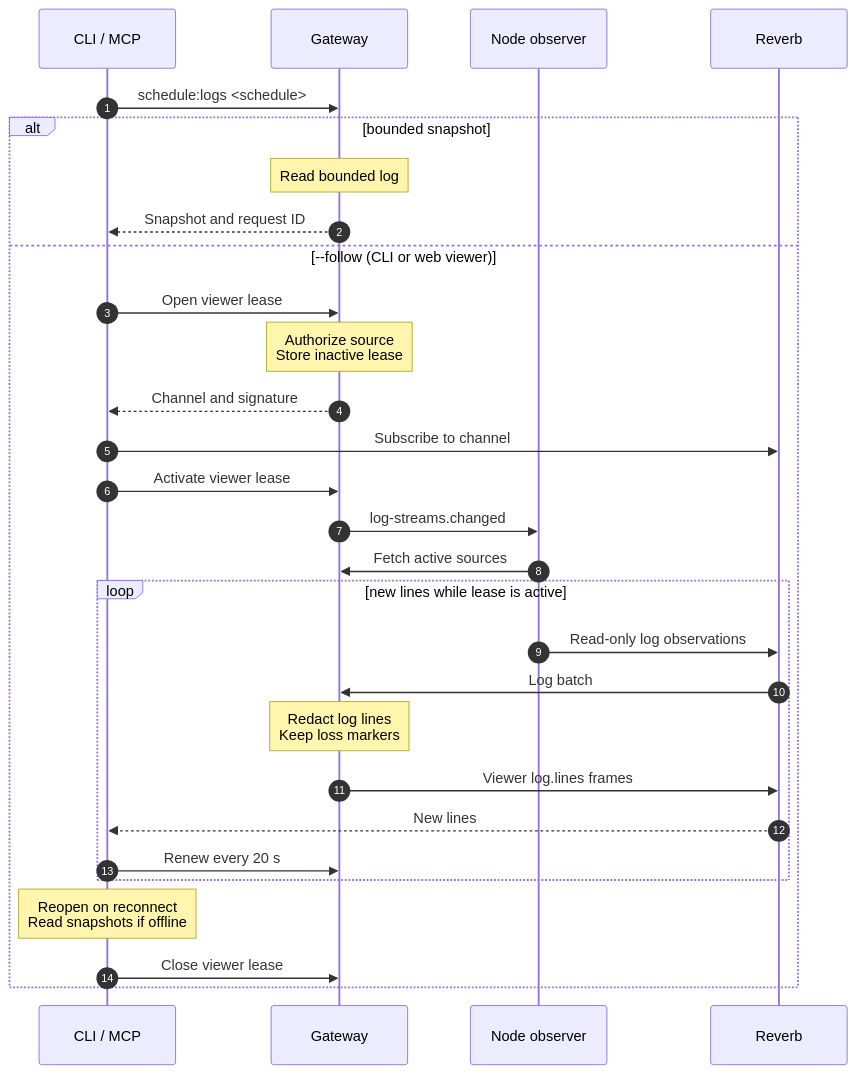
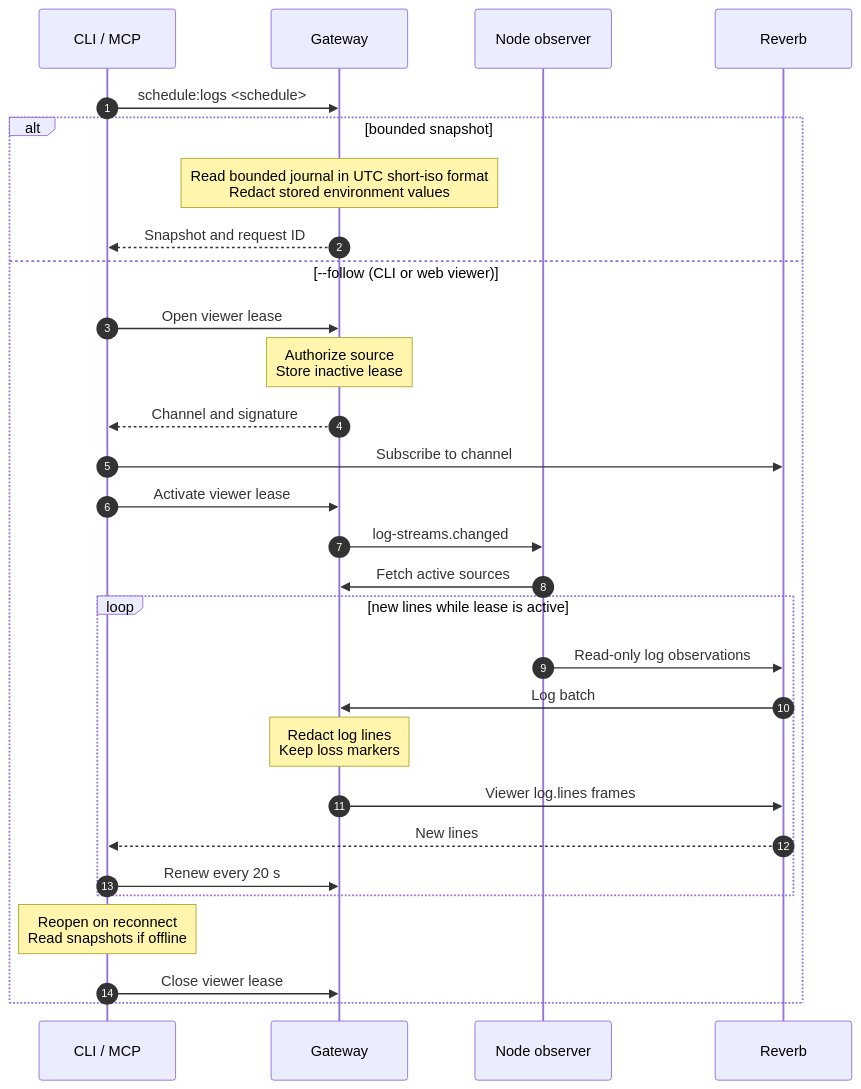
The diagram in docs/cli/schedule/logs.mmd (hardimpactdev/orbit), drawn with Mermaid before and after one commit. The commit also changed 9 other files, not shown here.

Commit message:
fix(logs): redact Schedule snapshots and match live journal format

```diff
--- a/docs/cli/schedule/logs.mmd
+++ b/docs/cli/schedule/logs.mmd
@@ -1,32 +1,32 @@
 sequenceDiagram
   %% status: draft
   %% command: schedule:logs
   %% kind: schedule.logs
   autonumber
   participant CLI as CLI / MCP
   participant GW as Gateway
   participant A as Node observer
   participant R as Reverb
   CLI->>GW: schedule:logs <schedule>
   alt bounded snapshot
-    Note over GW: Read bounded log
+    Note over GW: Read bounded journal in UTC short-iso format<br/>Redact stored environment values
     GW-->>CLI: Snapshot and request ID
   else --follow (CLI or web viewer)
     CLI->>GW: Open viewer lease
     Note over GW: Authorize source<br/>Store inactive lease
     GW-->>CLI: Channel and signature
     CLI->>R: Subscribe to channel
     CLI->>GW: Activate viewer lease
     GW->>A: log-streams.changed
     A->>GW: Fetch active sources
     loop new lines while lease is active
       A->>R: Read-only log observations
       R->>GW: Log batch
       Note over GW: Redact log lines<br/>Keep loss markers
       GW->>R: Viewer log.lines frames
       R-->>CLI: New lines
       CLI->>GW: Renew every 20 s
     end
     Note over CLI: Reopen on reconnect<br/>Read snapshots if offline
     CLI->>GW: Close viewer lease
   end
```
